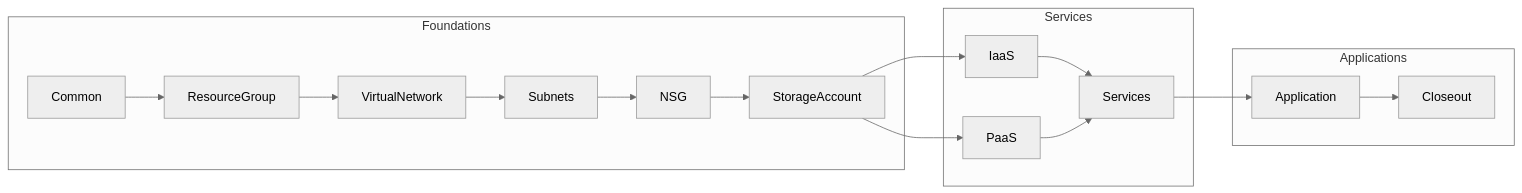
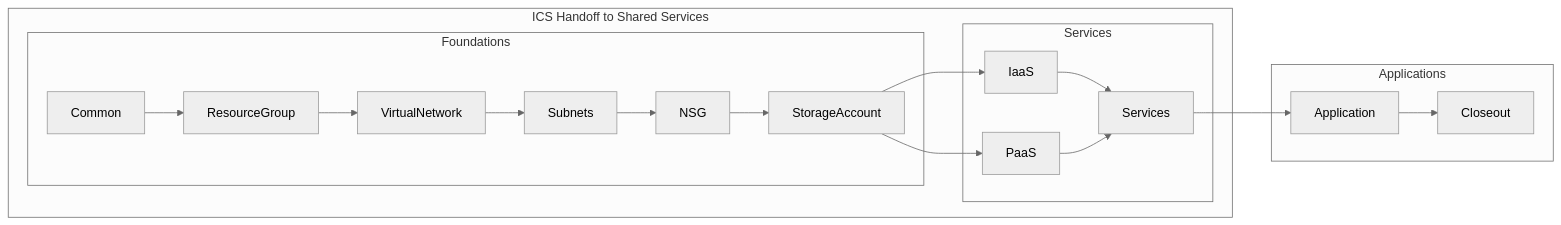
Before and after one commit to slagathor34/awx-lab: the first of 2 diagrams in azure-BlueShift/README.md, drawn with Mermaid (neutral theme).

Commit message:
Graphic test

````diff
--- a/azure-BlueShift/README.md
+++ b/azure-BlueShift/README.md
@@ -15,22 +15,23 @@
 ```mermaid
 flowchart LR
-  subgraph Foundations
-    Node0[Common] --> Node1[ResourceGroup]
-    Node1[ResourceGroup] --> Node2[VirtualNetwork]
-    Node2[VirtualNetwork] --> Node3[Subnets]
-    Node3[Subnets] --> Node4[NSG]
-    Node4[NSG] --> Node5[StorageAccount]
+  subgraph ICS Handoff to Shared Services
+    subgraph Foundations
+      Node0[Common] --> Node1[ResourceGroup]
+      Node1[ResourceGroup] --> Node2[VirtualNetwork]
+      Node2[VirtualNetwork] --> Node3[Subnets]
+      Node3[Subnets] --> Node4[NSG]
+      Node4[NSG] --> Node5[StorageAccount]
+    end
+    
+    subgraph Services
+      Node5[StorageAccount] --> Node6[IaaS]
+      Node5[StorageAccount] --> Node7[PaaS]
+      Node6[IaaS] --> Node8[Services]
+      Node7[PaaS] --> Node8[Services]
+    end
   end
-  
-  subgraph Services
-    Node5[StorageAccount] --> Node6[IaaS]
-    Node5[StorageAccount] --> Node7[PaaS]
-    Node6[IaaS] --> Node8[Services]
-    Node7[PaaS] --> Node8[Services]
-  end
-  
   subgraph Applications 
     Node8[Services] --> Node9[Application]
     Node9[Application] --> Node10[Closeout]
   end
 ```
````
